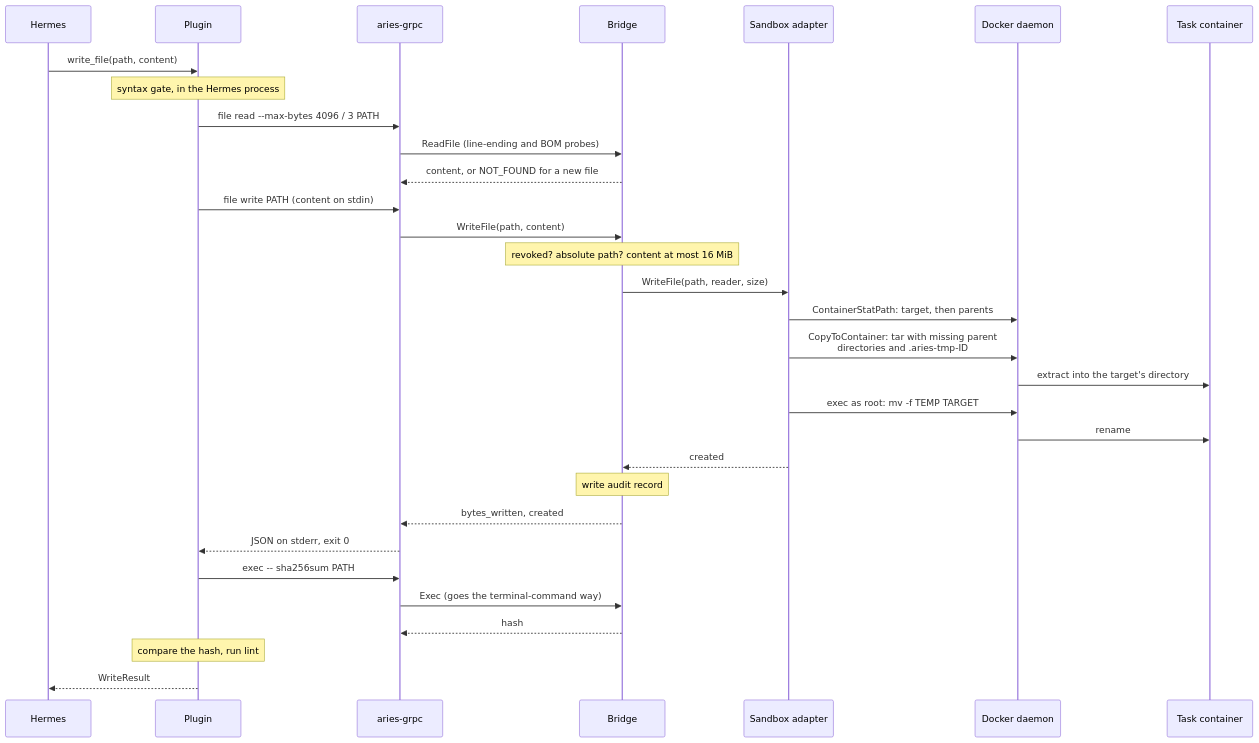
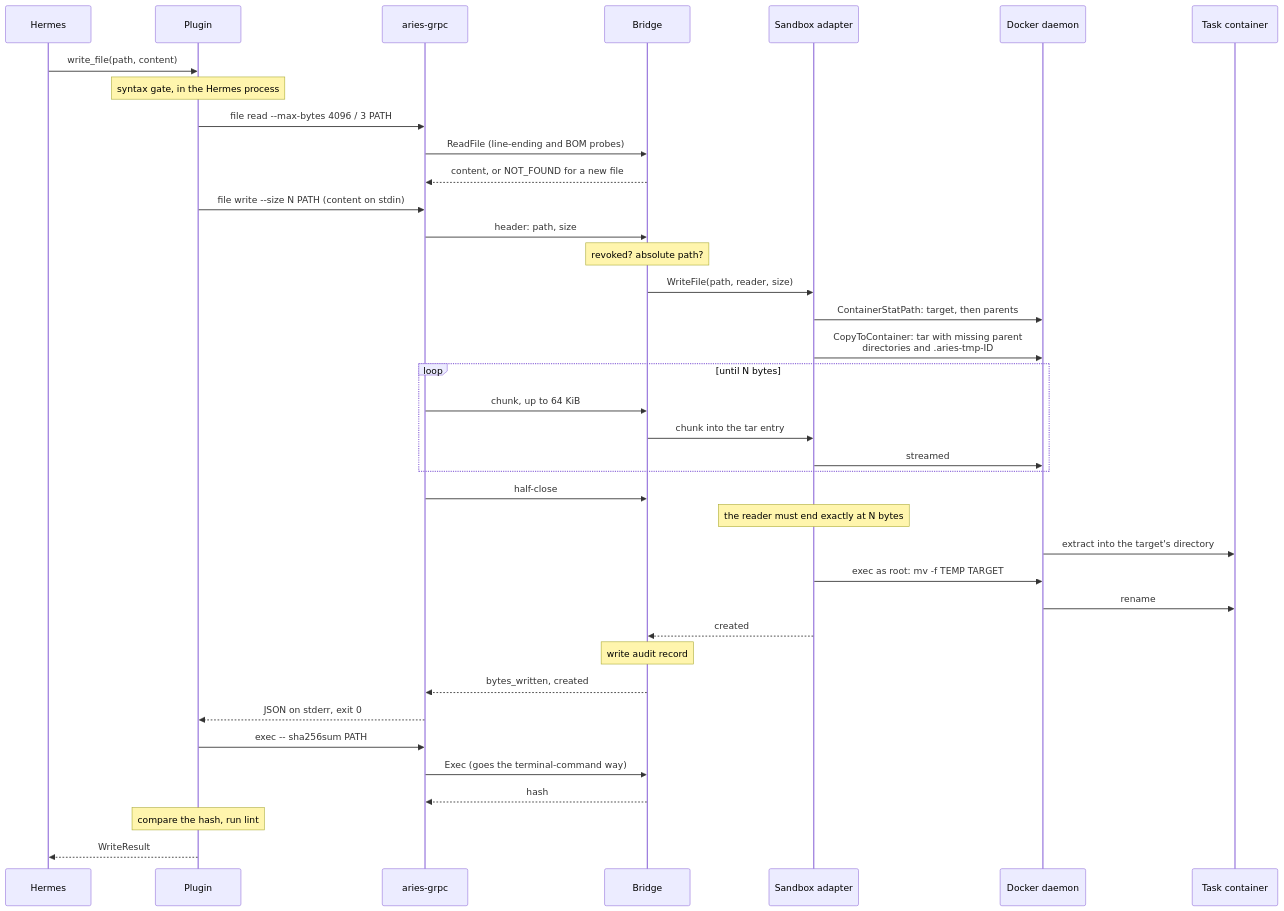
The fifth of 6 diagrams in docs/design/grpc-route.md (hyscale-lab/ARIES), drawn with Mermaid before and after one commit. The commit also changed other lines of this file and 2 other files, not shown here.

First line of the commit message:
docs: describe streamed file procedures and their audit fields

````diff
--- a/docs/design/grpc-route.md
+++ b/docs/design/grpc-route.md
@@ -226,36 +233,43 @@
 ```mermaid
 sequenceDiagram
     participant H as Hermes
     participant P as Plugin
     participant C as aries-grpc
     participant B as Bridge
     participant S as Sandbox adapter
     participant D as Docker daemon
     participant T as Task container
 
     H->>P: write_file(path, content)
     Note over P: syntax gate, in the Hermes process
     P->>C: file read --max-bytes 4096 / 3 PATH
     C->>B: ReadFile (line-ending and BOM probes)
     B-->>C: content, or NOT_FOUND for a new file
 
-    P->>C: file write PATH (content on stdin)
-    C->>B: WriteFile(path, content)
-    Note over B: revoked? absolute path? content at most 16 MiB
+    P->>C: file write --size N PATH (content on stdin)
+    C->>B: header: path, size
+    Note over B: revoked? absolute path?
     B->>S: WriteFile(path, reader, size)
     S->>D: ContainerStatPath: target, then parents
     S->>D: CopyToContainer: tar with missing parent<br/>directories and .aries-tmp-ID
+    loop until N bytes
+        C->>B: chunk, up to 64 KiB
+        B->>S: chunk into the tar entry
+        S->>D: streamed
+    end
+    C->>B: half-close
+    Note over S: the reader must end exactly at N bytes
     D->>T: extract into the target's directory
     S->>D: exec as root: mv -f TEMP TARGET
     D->>T: rename
     S-->>B: created
     Note over B: write audit record
     B-->>C: bytes_written, created
     C-->>P: JSON on stderr, exit 0
 
     P->>C: exec -- sha256sum PATH
     C->>B: Exec (goes the terminal-command way)
     B-->>C: hash
     Note over P: compare the hash, run lint
     P-->>H: WriteResult
 ```
````
